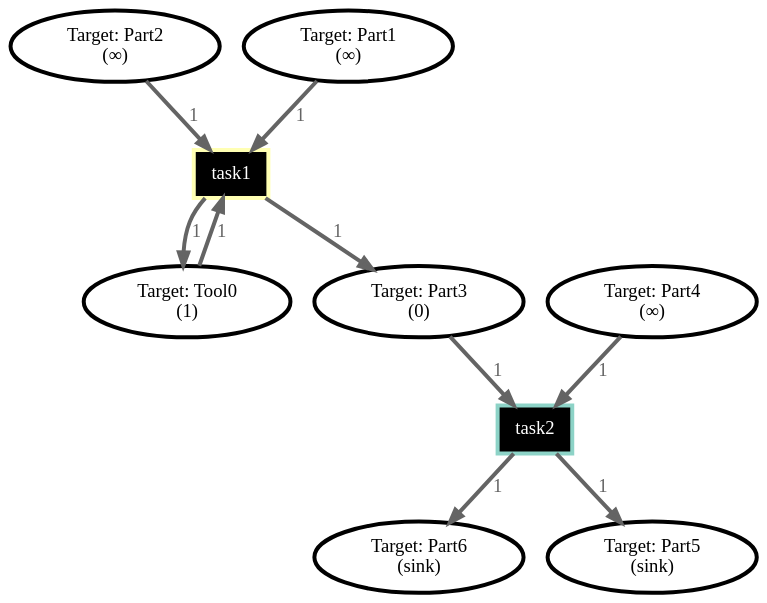
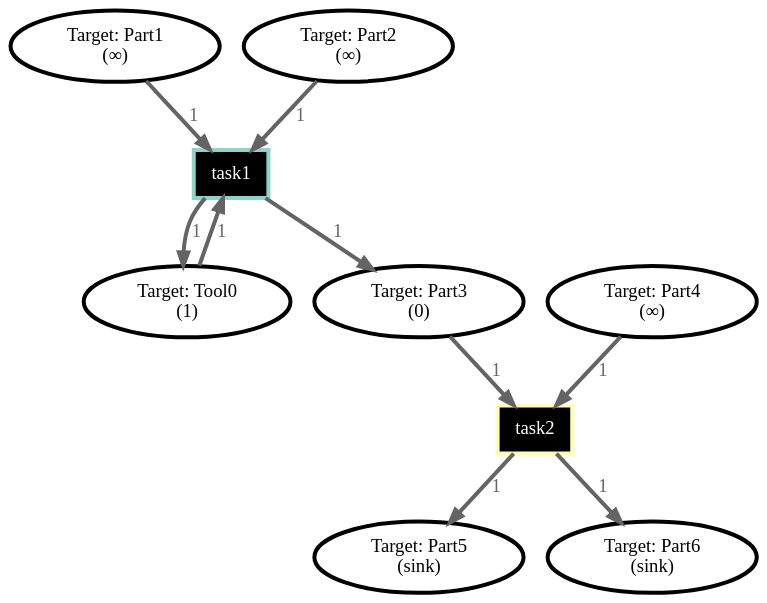
One commit to Wisc-HCI/allocobot changed the diagram in basic.dot. Above: the diagram before and after it, drawn with Graphviz. The commit also changed 16 other files, not shown here.

```diff
--- a/basic.dot
+++ b/basic.dot
@@ -1,31 +1,31 @@
 digraph Job_1 {
 bgcolor="transparent"
+// Place Target: Part5
+	254121561363505507579534080344849193406 [label="Target: Part5\n(sink)",tooltip="Target:Part5",style=filled,fillcolor="#FFFFFF",color="#000000",penwidth=3];
+// Place Target: Part3
+	315691685605973854689180236790451034163 [label="Target: Part3\n(0)",tooltip="Target:Part3",style=filled,fillcolor="#FFFFFF",color="#000000",penwidth=3];
+// Place Target: Part6
+	79260558493765799762065059066793344126 [label="Target: Part6\n(sink)",tooltip="Target:Part6",style=filled,fillcolor="#FFFFFF",color="#000000",penwidth=3];
+// Place Target: Tool0
+	96045772910659482129030334219934172723 [label="Target: Tool0\n(1)",tooltip="Target:Tool0",style=filled,fillcolor="#FFFFFF",color="#000000",penwidth=3];
+// Place Target: Part4
+	237469731115177439631609116638330935203 [label="Target: Part4\n(∞)",tooltip="Target:Part4",style=filled,fillcolor="#FFFFFF",color="#000000",penwidth=3];
+// Place Target: Part1
+	289974723802224764308514001960452805233 [label="Target: Part1\n(∞)",tooltip="Target:Part1",style=filled,fillcolor="#FFFFFF",color="#000000",penwidth=3];
 // Place Target: Part2
-	193956828042312467836995133589368714822 [label="Target: Part2\n(∞)",style=filled,fillcolor="#FFFFFF",color="#000000",penwidth=3];
-// Place Target: Part6
-	187402751734631271095041558365610171572 [label="Target: Part6\n(sink)",style=filled,fillcolor="#FFFFFF",color="#000000",penwidth=3];
-// Place Target: Part1
-	254002644165917391391945531604011300459 [label="Target: Part1\n(∞)",style=filled,fillcolor="#FFFFFF",color="#000000",penwidth=3];
-// Place Target: Part3
-	123968120534618479548210759776244185696 [label="Target: Part3\n(0)",style=filled,fillcolor="#FFFFFF",color="#000000",penwidth=3];
-// Place Target: Part5
-	90844533266701799750130137770252054528 [label="Target: Part5\n(sink)",style=filled,fillcolor="#FFFFFF",color="#000000",penwidth=3];
-// Place Target: Part4
-	142459849210993174094700645699225038300 [label="Target: Part4\n(∞)",style=filled,fillcolor="#FFFFFF",color="#000000",penwidth=3];
-// Place Target: Tool0
-	127951187375872330854701493473179636882 [label="Target: Tool0\n(1)",style=filled,fillcolor="#FFFFFF",color="#000000",penwidth=3];
+	144388234892471828246695503312522862836 [label="Target: Part2\n(∞)",tooltip="Target:Part2",style=filled,fillcolor="#FFFFFF",color="#000000",penwidth=3];
+// Transition task1
+	97139159726315801358773349195481537954 [label="task1",tooltip="Task:task1",shape=box,style=filled,fillcolor="#000000",fontcolor="#FFFFFF",color="#8DD3C7",penwidth=3];
 // Transition task2
-	333457827594636482227573512549479998221 [label="task2",shape=box,style=filled,fillcolor="#000000",fontcolor="#FFFFFF",color="#8DD3C7",penwidth=3];
-// Transition task1
-	208875391395447023245095842804662033463 [label="task1",shape=box,style=filled,fillcolor="#000000",fontcolor="#FFFFFF",color="#FFFFB3",penwidth=3];
-	123968120534618479548210759776244185696 -> 333457827594636482227573512549479998221 [label="1",color="#646464",fontcolor="#646464",penwidth=3];
-	142459849210993174094700645699225038300 -> 333457827594636482227573512549479998221 [label="1",color="#646464",fontcolor="#646464",penwidth=3];
-	333457827594636482227573512549479998221 -> 90844533266701799750130137770252054528 [label="1",color="#646464",fontcolor="#646464",penwidth=3];
-	333457827594636482227573512549479998221 -> 187402751734631271095041558365610171572 [label="1",color="#646464",fontcolor="#646464",penwidth=3];
-	193956828042312467836995133589368714822 -> 208875391395447023245095842804662033463 [label="1",color="#646464",fontcolor="#646464",penwidth=3];
-	254002644165917391391945531604011300459 -> 208875391395447023245095842804662033463 [label="1",color="#646464",fontcolor="#646464",penwidth=3];
-	127951187375872330854701493473179636882 -> 208875391395447023245095842804662033463 [label="1",color="#646464",fontcolor="#646464",penwidth=3];
-	208875391395447023245095842804662033463 -> 127951187375872330854701493473179636882 [label="1",color="#646464",fontcolor="#646464",penwidth=3];
-	208875391395447023245095842804662033463 -> 123968120534618479548210759776244185696 [label="1",color="#646464",fontcolor="#646464",penwidth=3];
+	339759114139335131940551307251964456825 [label="task2",tooltip="Task:task2",shape=box,style=filled,fillcolor="#000000",fontcolor="#FFFFFF",color="#FFFFB3",penwidth=3];
+	289974723802224764308514001960452805233 -> 97139159726315801358773349195481537954 [label="1",color="#646464",fontcolor="#646464",penwidth=3];
+	96045772910659482129030334219934172723 -> 97139159726315801358773349195481537954 [label="1",color="#646464",fontcolor="#646464",penwidth=3];
+	144388234892471828246695503312522862836 -> 97139159726315801358773349195481537954 [label="1",color="#646464",fontcolor="#646464",penwidth=3];
+	97139159726315801358773349195481537954 -> 315691685605973854689180236790451034163 [label="1",color="#646464",fontcolor="#646464",penwidth=3];
+	97139159726315801358773349195481537954 -> 96045772910659482129030334219934172723 [label="1",color="#646464",fontcolor="#646464",penwidth=3];
+	237469731115177439631609116638330935203 -> 339759114139335131940551307251964456825 [label="1",color="#646464",fontcolor="#646464",penwidth=3];
+	315691685605973854689180236790451034163 -> 339759114139335131940551307251964456825 [label="1",color="#646464",fontcolor="#646464",penwidth=3];
+	339759114139335131940551307251964456825 -> 254121561363505507579534080344849193406 [label="1",color="#646464",fontcolor="#646464",penwidth=3];
+	339759114139335131940551307251964456825 -> 79260558493765799762065059066793344126 [label="1",color="#646464",fontcolor="#646464",penwidth=3];
 overlap=false
 }
```
